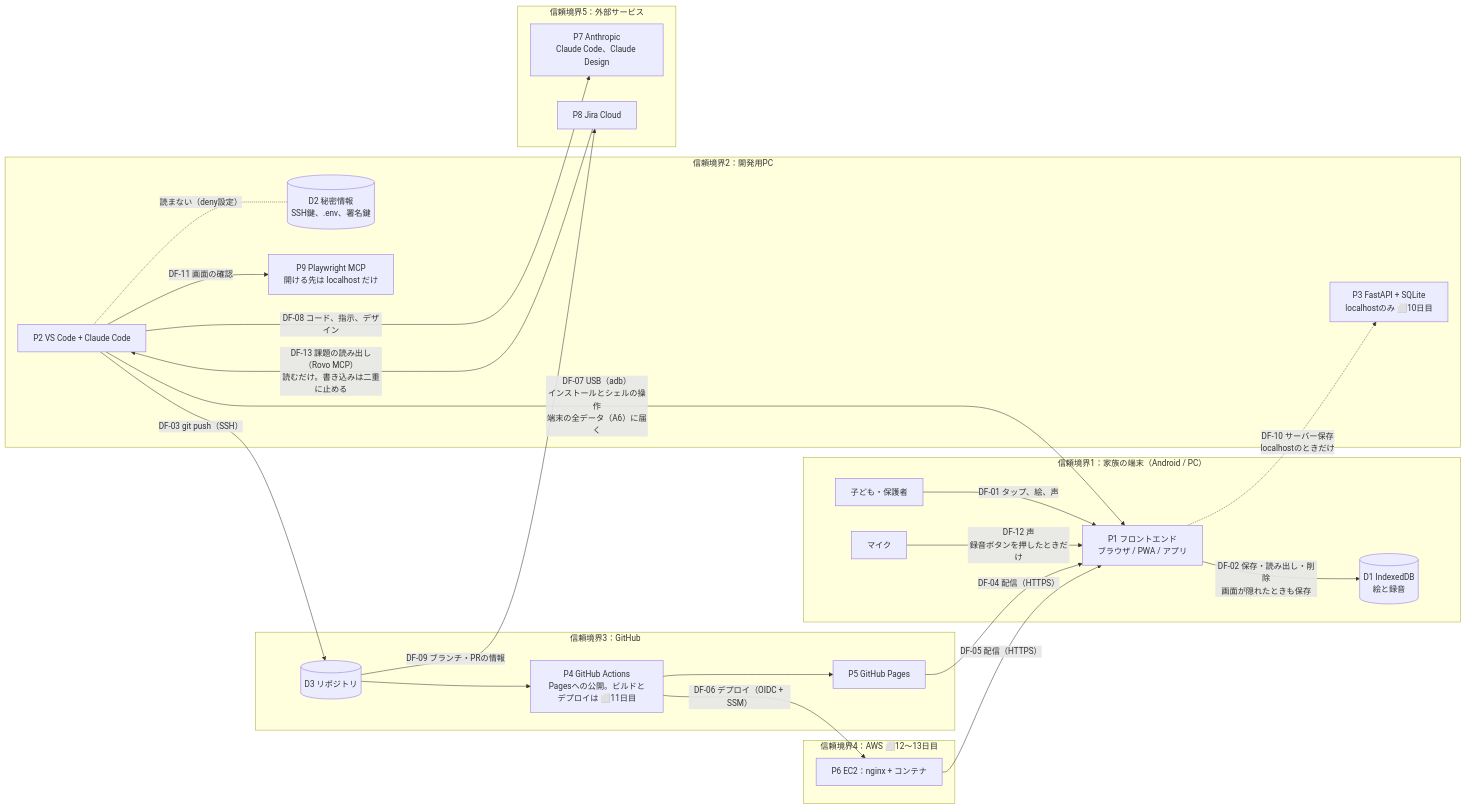
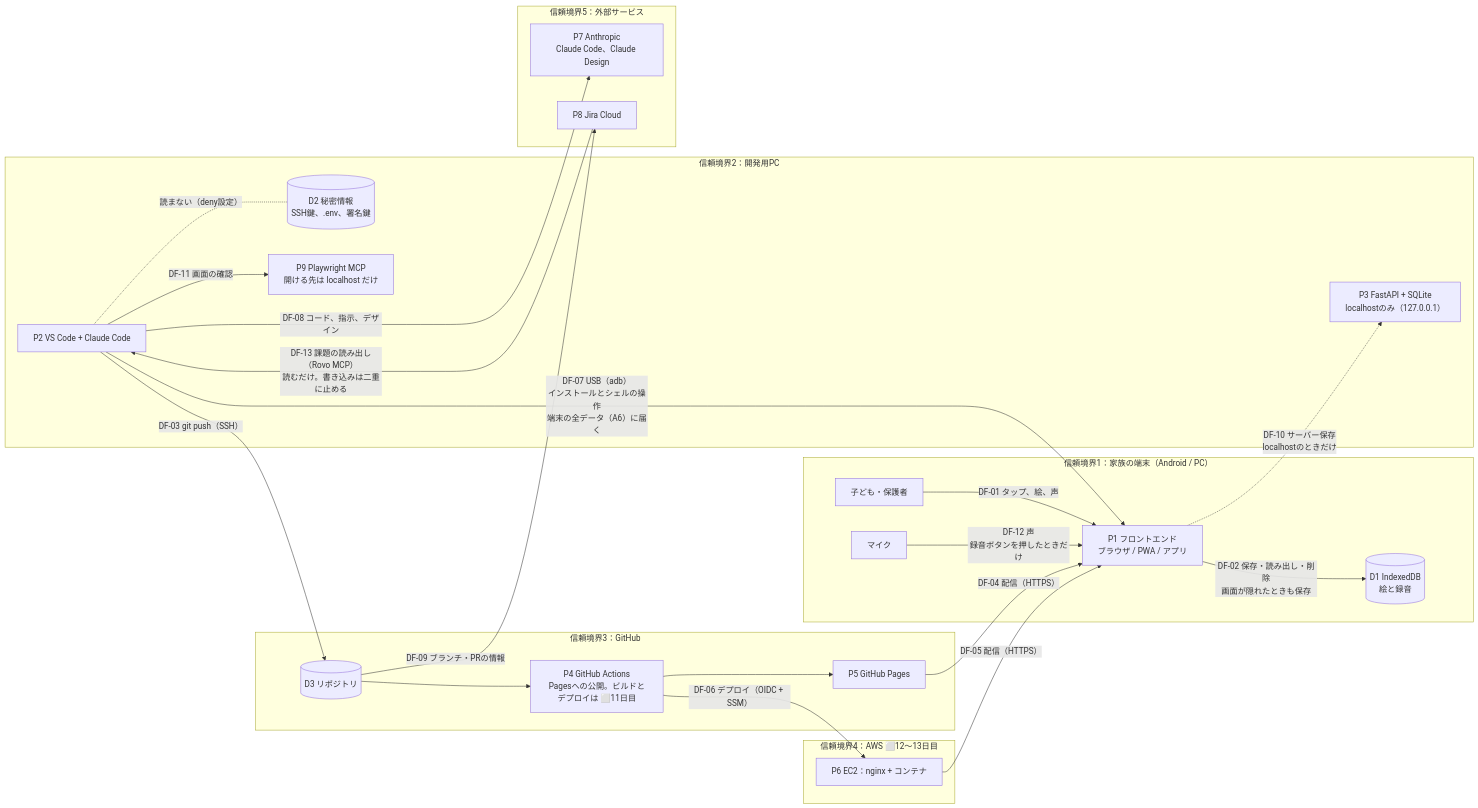
The diagram in docs/security/threat-model.md (Hayato-F110/kids-play), drawn with Mermaid before and after one commit. The commit also changed other lines of this file and 13 other files, not shown here.

````diff
--- a/docs/security/threat-model.md
+++ b/docs/security/threat-model.md
@@ -24,47 +24,47 @@
 ```mermaid
 flowchart LR
     subgraph TB1["信頼境界1：家族の端末（Android / PC）"]
         child["子ども・保護者"]
         ui["P1 フロントエンド<br>ブラウザ / PWA / アプリ"]
         mic["マイク"]
         idb[("D1 IndexedDB<br>絵と録音")]
         child -- "DF-01 タップ、絵、声" --> ui
         mic -- "DF-12 声<br>録音ボタンを押したときだけ" --> ui
         ui -- "DF-02 保存・読み出し・削除<br>画面が隠れたときも保存" --> idb
     end
 
     subgraph TB2["信頼境界2：開発用PC"]
         dev["P2 VS Code + Claude Code"]
         secrets[("D2 秘密情報<br>SSH鍵、.env、署名鍵")]
-        localapi["P3 FastAPI + SQLite<br>localhostのみ ⬜10日目"]
+        localapi["P3 FastAPI + SQLite<br>localhostのみ（127.0.0.1）"]
         mcp["P9 Playwright MCP<br>開ける先は localhost だけ"]
         dev -. "読まない（deny設定）" .- secrets
         dev -- "DF-11 画面の確認" --> mcp
     end
 
     subgraph TB3["信頼境界3：GitHub"]
         repo[("D3 リポジトリ")]
         actions["P4 GitHub Actions<br>Pagesへの公開。ビルドとデプロイは ⬜11日目"]
         pages["P5 GitHub Pages"]
         repo --> actions --> pages
     end
 
     subgraph TB4["信頼境界4：AWS ⬜12〜13日目"]
         ec2["P6 EC2：nginx + コンテナ"]
     end
 
     subgraph TB5["信頼境界5：外部サービス"]
         claude["P7 Anthropic<br>Claude Code、Claude Design"]
         jira["P8 Jira Cloud"]
     end
 
     dev -- "DF-03 git push（SSH）" --> repo
     pages -- "DF-04 配信（HTTPS）" --> ui
     ec2 -- "DF-05 配信（HTTPS）" --> ui
     actions -- "DF-06 デプロイ（OIDC + SSM）" --> ec2
     dev -- "DF-07 USB（adb）<br>インストールとシェルの操作<br>端末の全データ（A6）に届く" --> ui
     dev -- "DF-08 コード、指示、デザイン" --> claude
     repo -- "DF-09 ブランチ・PRの情報" --> jira
     ui -. "DF-10 サーバー保存<br>localhostのときだけ" .-> localapi
     jira -- "DF-13 課題の読み出し（Rovo MCP）<br>読むだけ。書き込みは二重に止める" --> dev
 ```
````
